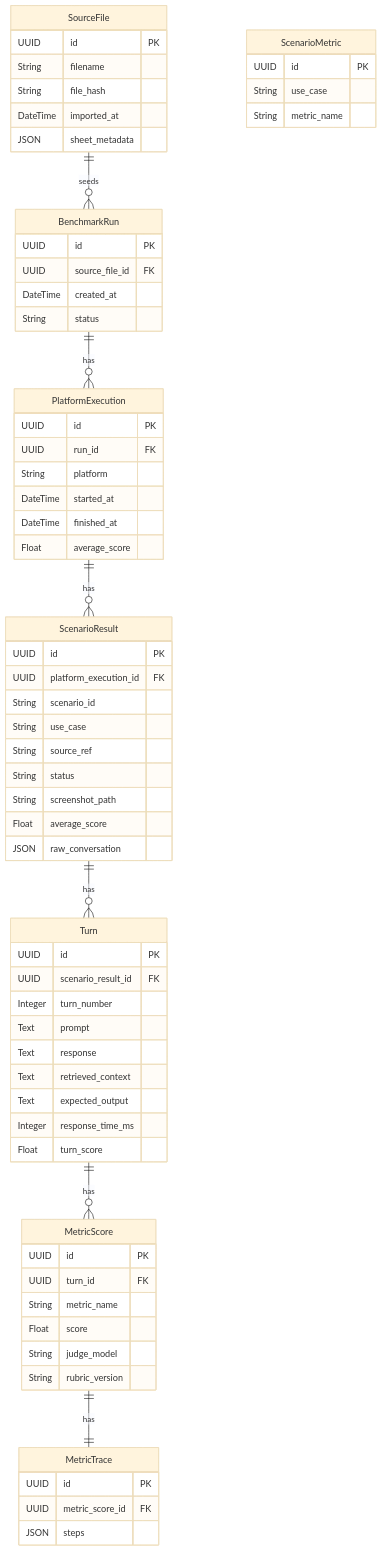
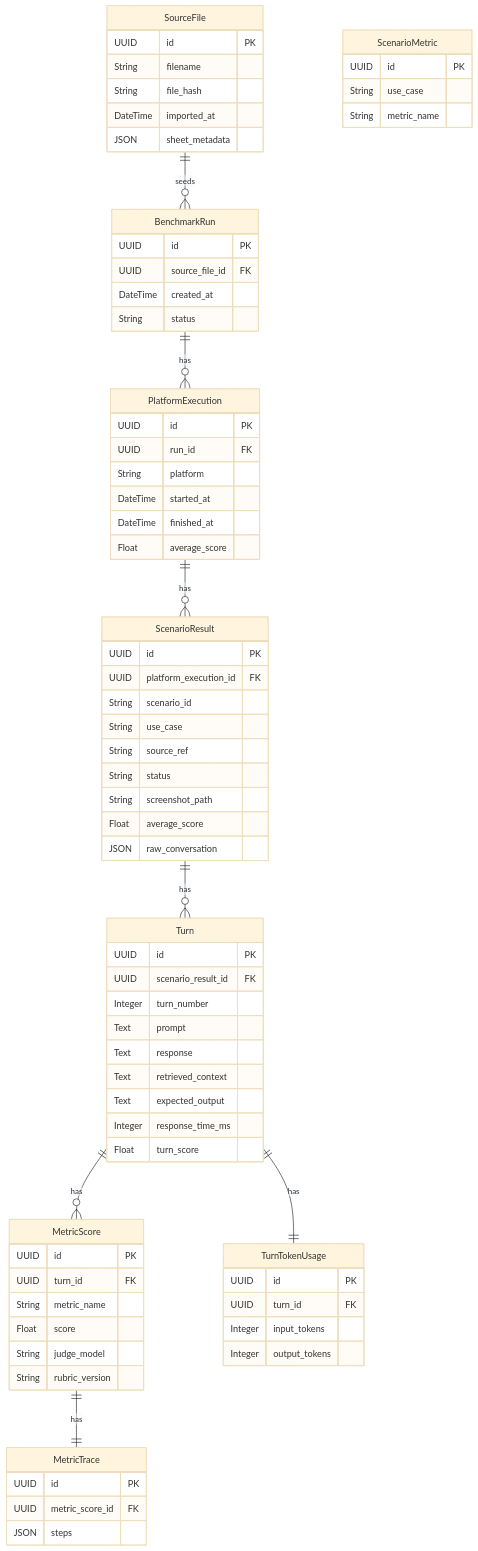
The diagram in docs/data-model.md (jmanuelc87/scorekeeper), drawn with Mermaid (base theme) before and after one commit. The commit also changed other lines of this file and 10 other files, not shown here.

First line of the commit message:
Persist LLM token usage per evaluation turn

````diff
--- a/docs/data-model.md
+++ b/docs/data-model.md
@@ -102,6 +104,13 @@
         JSON steps
     }
 
+    TurnTokenUsage {
+        UUID id PK
+        UUID turn_id FK
+        Integer input_tokens
+        Integer output_tokens
+    }
+
     ScenarioMetric {
         UUID id PK
         String use_case
@@ -113,5 +122,6 @@
     PlatformExecution ||--o{ ScenarioResult : "has"
     ScenarioResult ||--o{ Turn : "has"
     Turn ||--o{ MetricScore : "has"
+    Turn ||--|| TurnTokenUsage : "has"
     MetricScore ||--|| MetricTrace : "has"
 ```
````
